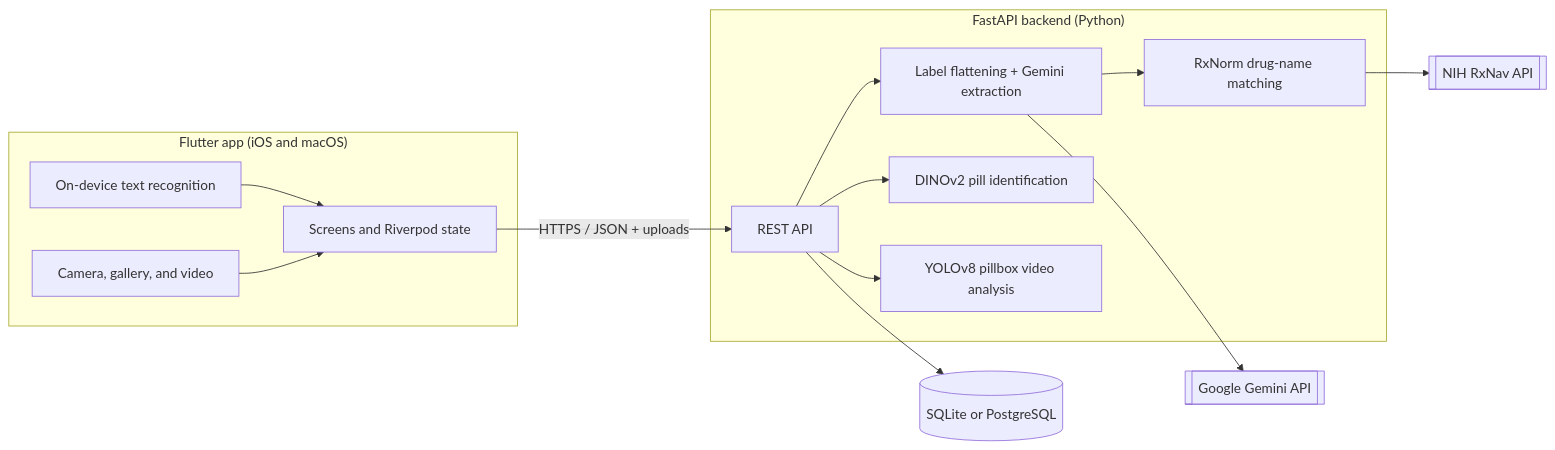
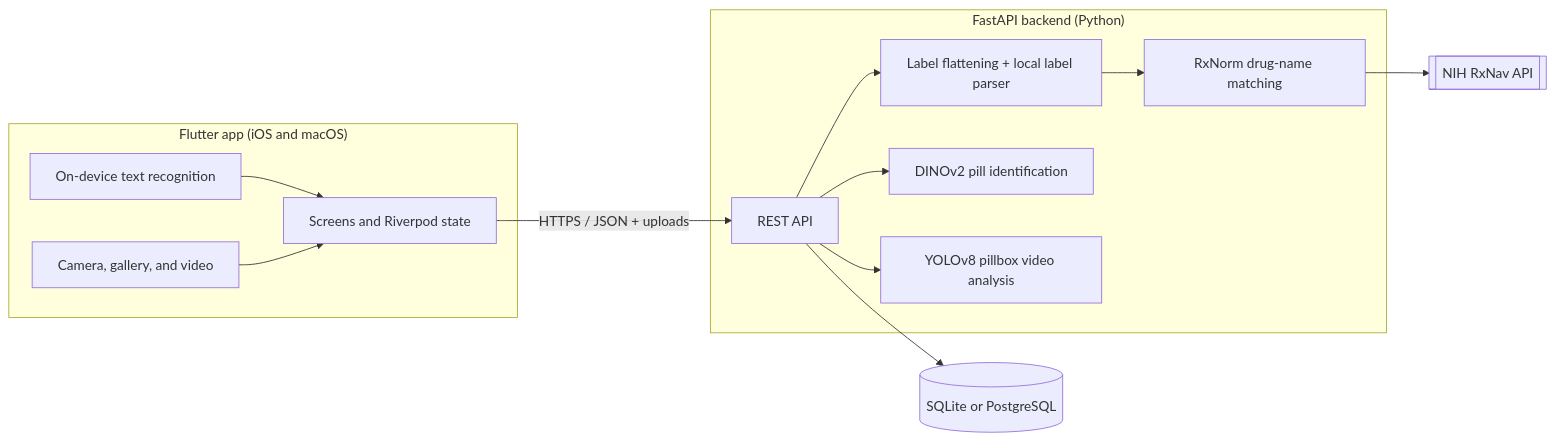
The diagram in README.md (mattjunior039/Adhera), drawn with Mermaid before and after one commit. The commit also changed other lines of this file and 9 other files, not shown here.

````diff
--- a/README.md
+++ b/README.md
@@ -37,27 +41,25 @@
 ```mermaid
 flowchart LR
     subgraph Phone["Flutter app (iOS and macOS)"]
         UI[Screens and Riverpod state]
         MLKit[On-device text recognition]
         Cam[Camera, gallery, and video]
     end
     subgraph API["FastAPI backend (Python)"]
         Routers[REST API]
-        OCR[Label flattening + Gemini extraction]
+        OCR[Label flattening + local label parser]
         Rx[RxNorm drug-name matching]
         ID[DINOv2 pill identification]
         Video[YOLOv8 pillbox video analysis]
     end
     DB[(SQLite or PostgreSQL)]
-    Gemini[[Google Gemini API]]
     RxNav[[NIH RxNav API]]
 
     UI -- HTTPS / JSON + uploads --> Routers
     MLKit --> UI
     Cam --> UI
     Routers --> DB
-    Routers --> OCR --> Gemini
-    OCR --> Rx --> RxNav
+    Routers --> OCR --> Rx --> RxNav
     Routers --> ID
     Routers --> Video
 ```
````
